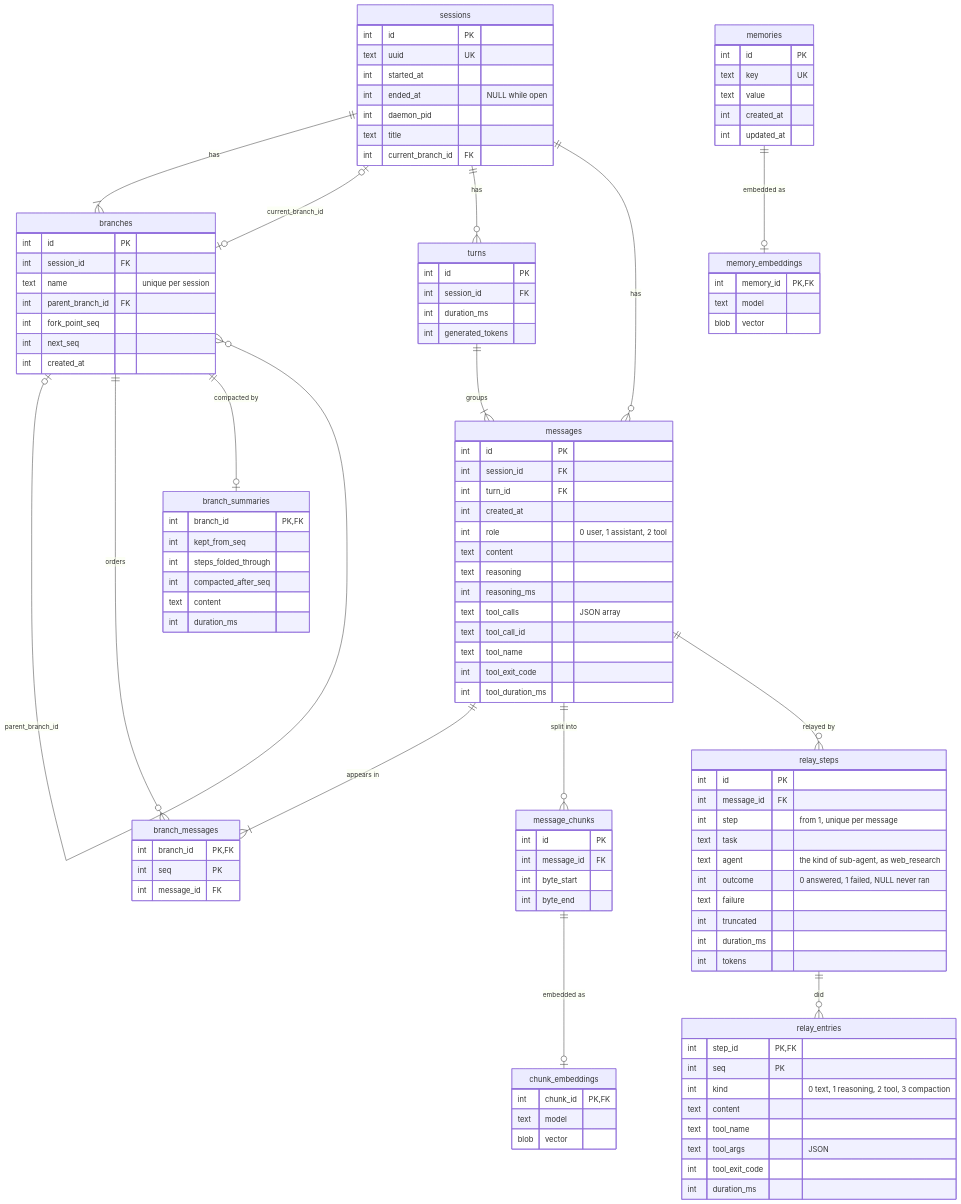
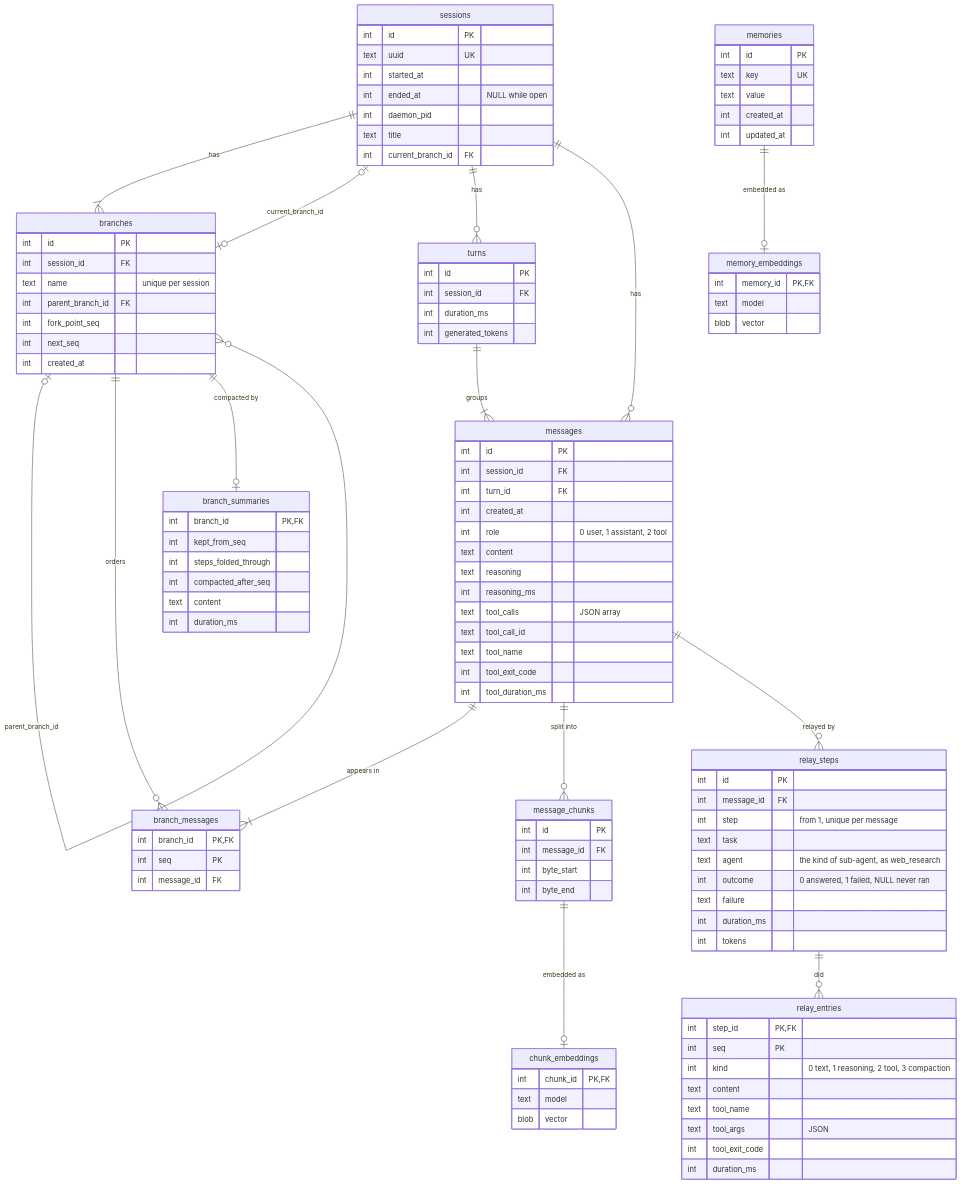
Before and after one commit to gnolruf/assistd: the diagram in docs/database.md, drawn with Mermaid. The commit also changed 18 other files, not shown here.

```diff
--- a/docs/database.md
+++ b/docs/database.md
@@ -85,7 +85,6 @@
         text agent "the kind of sub-agent, as web_research"
         int outcome "0 answered, 1 failed, NULL never ran"
         text failure
-        int truncated
         int duration_ms
         int tokens
     }
```
